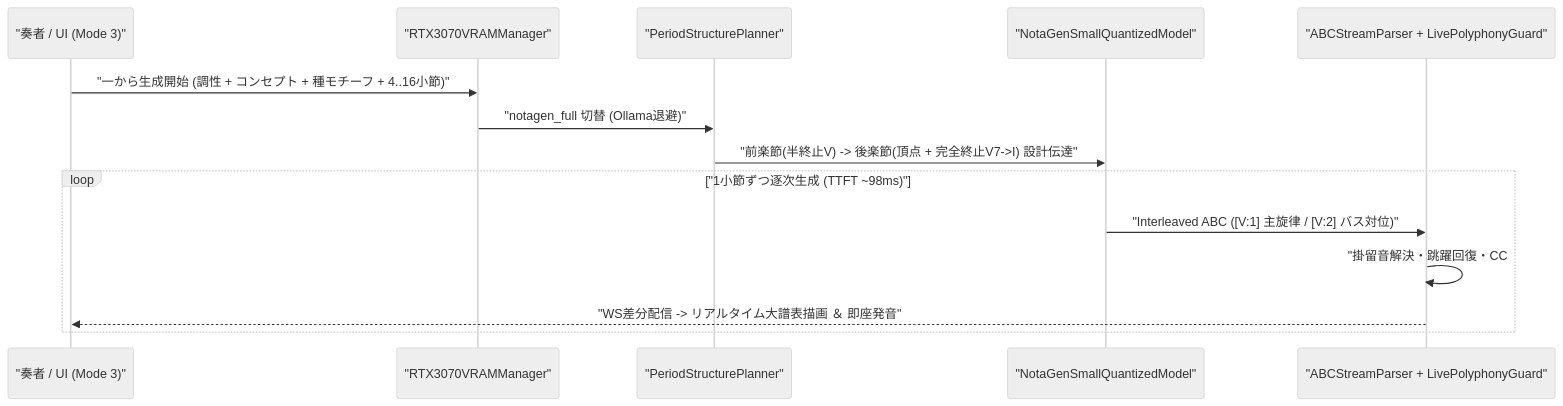
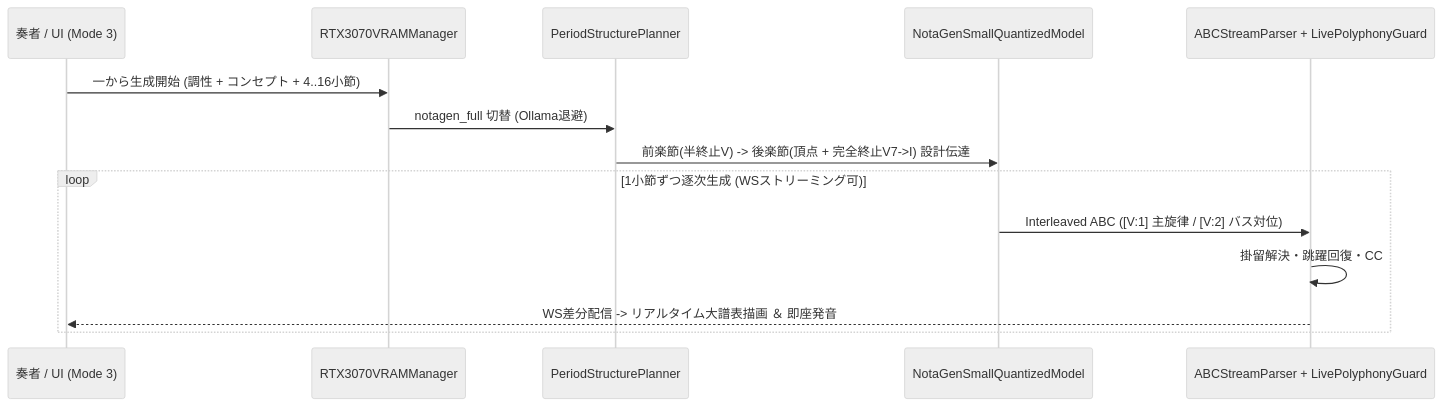
The fourth of 5 diagrams in README.md (AI-Avalon/Disklavier-Auto), drawn with Mermaid (neutral theme) before and after one commit. The commit also changed other lines of this file and 154 other files, not shown here.

````diff
--- a/README.md
+++ b/README.md
@@ -94,17 +185,17 @@
 ```mermaid
 sequenceDiagram
-    participant User as "奏者 / UI (Mode 3)"
-    participant VRAM as "RTX3070VRAMManager"
-    participant Plan as "PeriodStructurePlanner"
-    participant Gen as "NotaGenSmallQuantizedModel"
-    participant Guard as "ABCStreamParser + LivePolyphonyGuard"
+    participant User as 奏者 / UI (Mode 3)
+    participant VRAM as RTX3070VRAMManager
+    participant Plan as PeriodStructurePlanner
+    participant Gen as NotaGenSmallQuantizedModel
+    participant Guard as ABCStreamParser + LivePolyphonyGuard
 
-    User->>VRAM: "一から生成開始 (調性 + コンセプト + 種モチーフ + 4..16小節)"
-    VRAM->>Plan: "notagen_full 切替 (Ollama退避)"
-    Plan->>Gen: "前楽節(半終止V) -> 後楽節(頂点 + 完全終止V7->I) 設計伝達"
-    loop "1小節ずつ逐次生成 (TTFT ~98ms)"
-        Gen->>Guard: "Interleaved ABC ([V:1] 主旋律 / [V:2] バス対位)"
-        Guard->>Guard: "掛留音解決・跳躍回復・CC#64 先行踏み替え・CC#67 補間"
-        Guard-->>User: "WS差分配信 -> リアルタイム大譜表描画 ＆ 即座発音"
+    User->>VRAM: 一から生成開始 (調性 + コンセプト + 4..16小節)
+    VRAM->>Plan: notagen_full 切替 (Ollama退避)
+    Plan->>Gen: 前楽節(半終止V) -> 後楽節(頂点 + 完全終止V7->I) 設計伝達
+    loop 1小節ずつ逐次生成 (WSストリーミング可)
+        Gen->>Guard: Interleaved ABC ([V:1] 主旋律 / [V:2] バス対位)
+        Guard->>Guard: 掛留解決・跳躍回復・CC#64 先行踏み替え・CC#67 補間
+        Guard-->>User: WS差分配信 -> リアルタイム大譜表描画 ＆ 即座発音
     end
 ```
````
